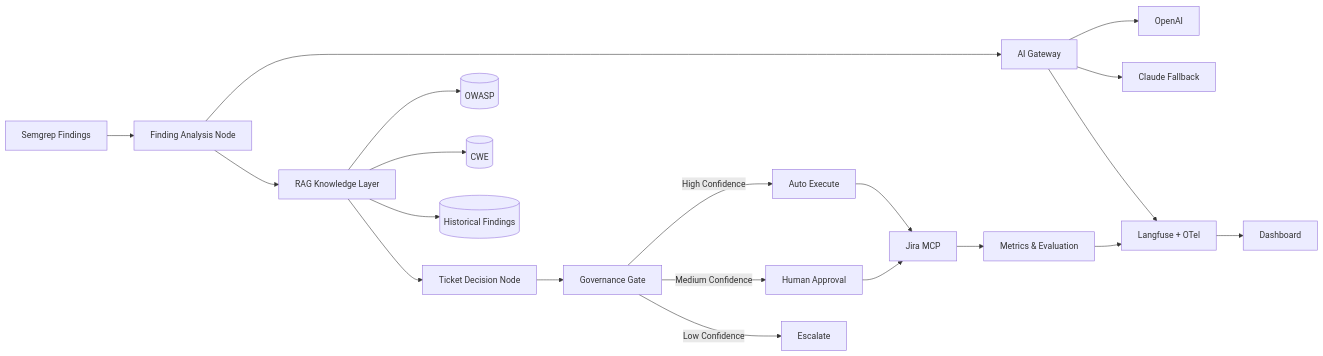
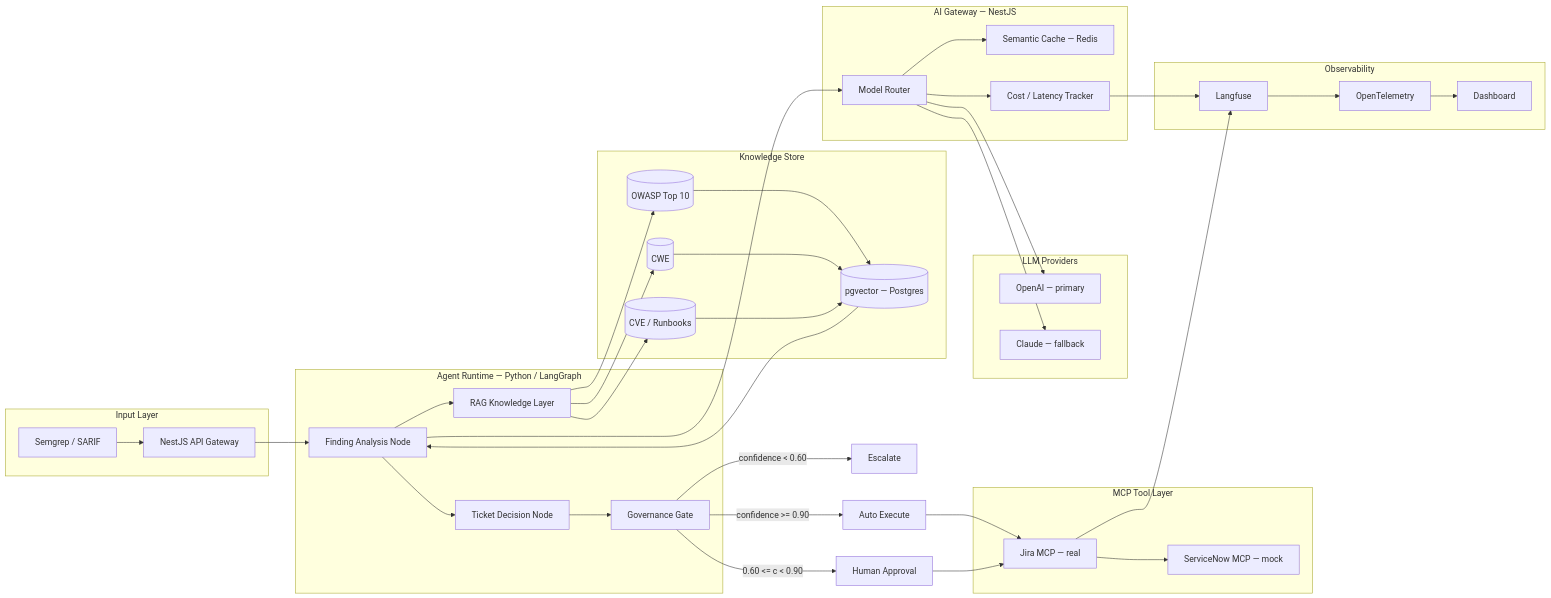
One commit to nirajpathak3/ands-ai changed the first of 8 diagrams in ai-secops-copilot/docs/diagrams/architecture.md. Above: the diagram before and after it, drawn with Mermaid. The commit also changed other lines of this file and 3 other files, not shown here.

Commit message:
docs: add 8 architecture diagrams, resume draft, portal copy, interview topic guide, log conv 13-16

````diff
--- a/ai-secops-copilot/docs/diagrams/architecture.md
+++ b/ai-secops-copilot/docs/diagrams/architecture.md
@@ -5,22 +10,67 @@
 ```mermaid
 flowchart LR
-    A[Semgrep Findings] --> B[Finding Analysis Node]
-    B --> C[AI Gateway]
-    C --> D[OpenAI]
-    C --> E[Claude Fallback]
-    B --> F[RAG Knowledge Layer]
-    F --> G[(OWASP)]
-    F --> H[(CWE)]
-    F --> I[(Historical Findings)]
-    F --> J[Ticket Decision Node]
-    J --> K[Governance Gate]
-    K -->|High Confidence| L[Auto Execute]
-    K -->|Medium Confidence| M[Human Approval]
-    K -->|Low Confidence| N[Escalate]
-    L --> O[Jira MCP]
-    M --> O
-    O --> P[Metrics & Evaluation]
-    C --> Q[Langfuse + OTel]
-    P --> Q
-    Q --> R[Dashboard]
+    subgraph input [Input Layer]
+        SG[Semgrep / SARIF]
+        API[NestJS API Gateway]
+    end
+
+    subgraph runtime [Agent Runtime — Python / LangGraph]
+        AN[Finding Analysis Node]
+        RAG[RAG Knowledge Layer]
+        DN[Ticket Decision Node]
+        GG[Governance Gate]
+    end
+
+    subgraph knowledge [Knowledge Store]
+        OW[(OWASP Top 10)]
+        CW[(CWE)]
+        CV[(CVE / Runbooks)]
+        PG[(pgvector — Postgres)]
+    end
+
+    subgraph gateway [AI Gateway — NestJS]
+        GW[Model Router]
+        SC[Semantic Cache — Redis]
+        CT[Cost / Latency Tracker]
+    end
+
+    subgraph models [LLM Providers]
+        OA[OpenAI — primary]
+        AN2[Claude — fallback]
+    end
+
+    subgraph tools [MCP Tool Layer]
+        JR[Jira MCP — real]
+        SN[ServiceNow MCP — mock]
+    end
+
+    subgraph observe [Observability]
+        LF[Langfuse]
+        OT[OpenTelemetry]
+        DB[Dashboard]
+    end
+
+    SG --> API
+    API --> AN
+    AN --> RAG
+    RAG --> OW & CW & CV
+    OW & CW & CV --> PG
+    PG --> AN
+    AN --> GW
+    GW --> SC
+    GW --> CT
+    GW --> OA
+    GW --> AN2
+    AN --> DN
+    DN --> GG
+    GG -->|confidence >= 0.90| AUTO[Auto Execute]
+    GG -->|0.60 <= c < 0.90| APPR[Human Approval]
+    GG -->|confidence < 0.60| ESC[Escalate]
+    AUTO --> JR
+    APPR --> JR
+    JR --> SN
+    CT --> LF
+    JR --> LF
+    LF --> OT
+    OT --> DB
 ```
````
